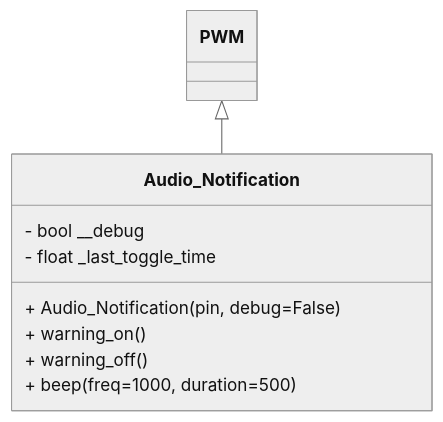
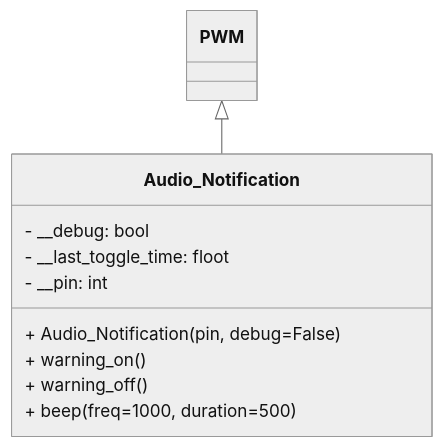
One commit to TempeHS/MicroPython_OOP_Pi_Pico_Mini_Project_Source changed the diagram in tutorials/Lecture5.md. Above: the diagram before and after it, drawn with Mermaid (neutral theme). The commit also changed 5 other files, not shown here.

````diff
--- a/tutorials/Lecture5.md
+++ b/tutorials/Lecture5.md
@@ -12,15 +12,16 @@
 ```mermaid
 classDiagram
     class PWM
 
     class Audio_Notification {
-        - bool __debug
-        - float _last_toggle_time
+        - __debug: bool
+        - __last_toggle_time: floot
+        - __pin: int
         + Audio_Notification(pin, debug=False)
         + warning_on()
         + warning_off()
         + beep(freq=1000, duration=500)
     }
 
     PWM <|-- Audio_Notification
 ```
````
